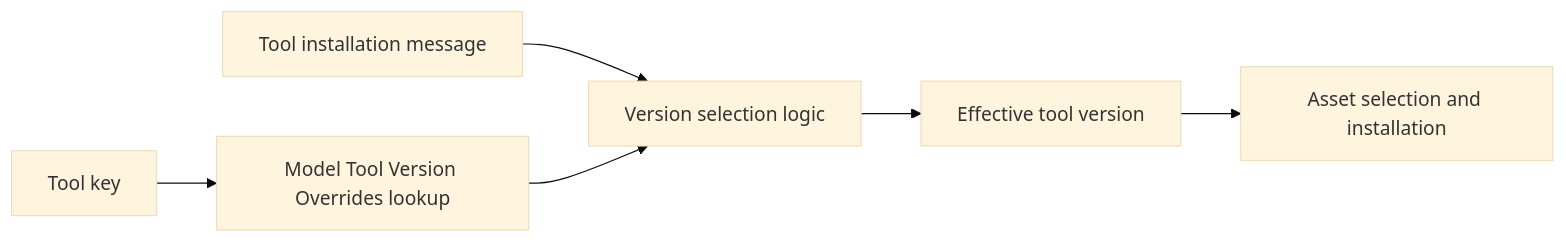
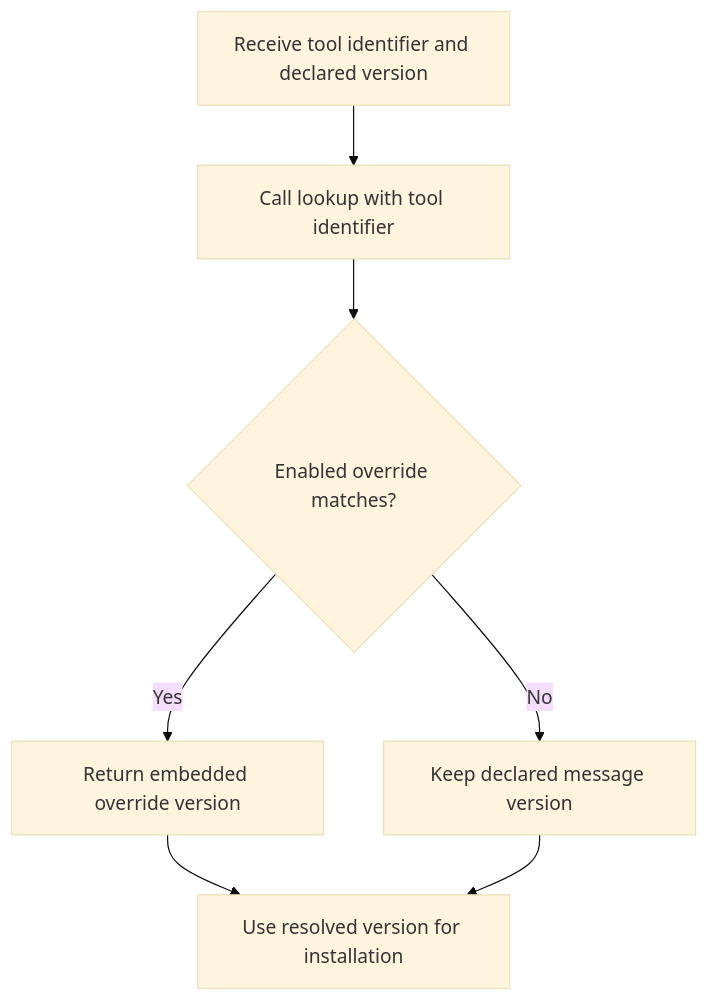
Before and after one commit to flamingo-stack/openframe-oss-tenant: the second of 3 diagrams in docs/reference/architecture/openframe-client-core/model-tool-version-overrides/model-tool-version-overrides.md, drawn with Mermaid (base theme). The commit also changed other lines of this file and 2377 other files, not shown here.

````diff
--- a/docs/reference/architecture/openframe-client-core/model-tool-version-overrides/model-tool-version-overrides.md
+++ b/docs/reference/architecture/openframe-client-core/model-tool-version-overrides/model-tool-version-overrides.md
@@ -75,8 +53,9 @@
 ```mermaid
-flowchart LR
-    ToolMessage["Tool installation message"] --> VersionPolicy["Version selection logic"]
-    ToolKey["Tool key"] --> Lookup["Model Tool Version Overrides lookup"]
-    Lookup --> VersionPolicy
-    VersionPolicy --> EffectiveVersion["Effective tool version"]
-    EffectiveVersion --> Download["Asset selection and installation"]
+flowchart TD
+    Start["Receive tool identifier and declared version"] --> Query["Call lookup with tool identifier"]
+    Query --> Match{"Enabled override matches?"}
+    Match -->|"Yes"| Embedded["Return embedded override version"]
+    Match -->|"No"| Declared["Keep declared message version"]
+    Embedded --> Resolved["Use resolved version for installation"]
+    Declared --> Resolved
 ```
````
